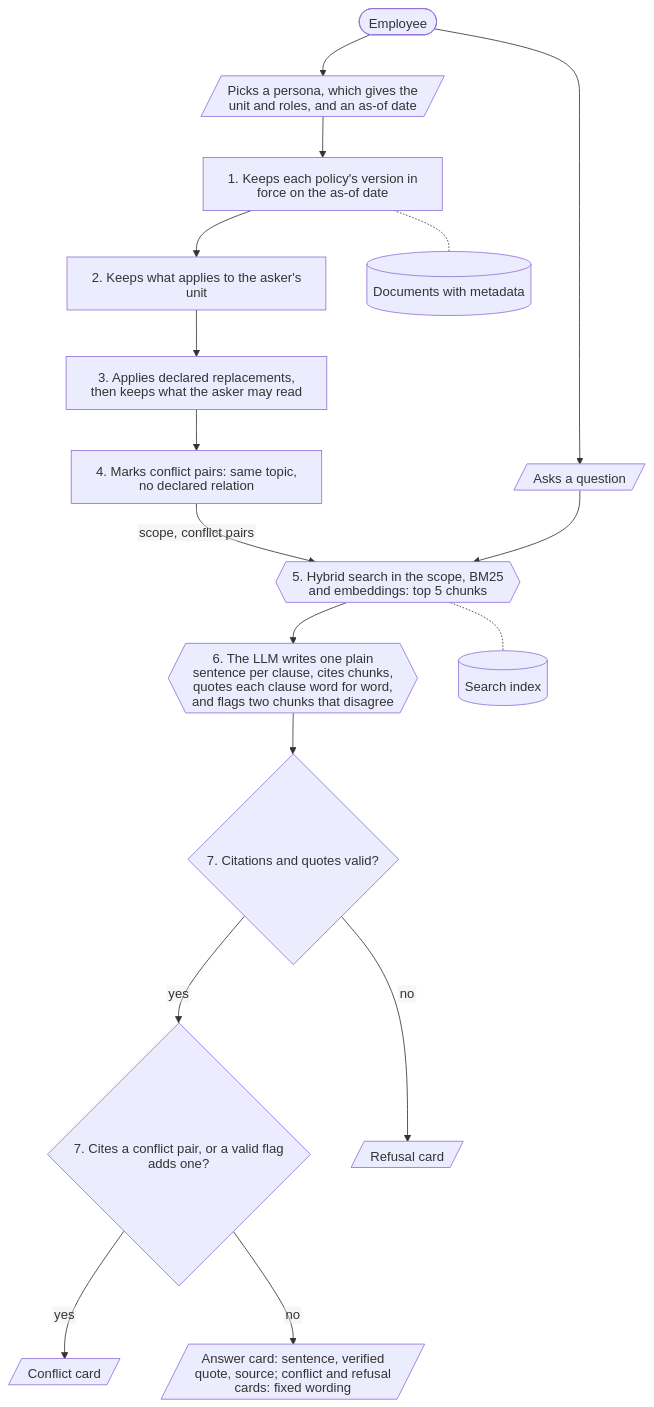
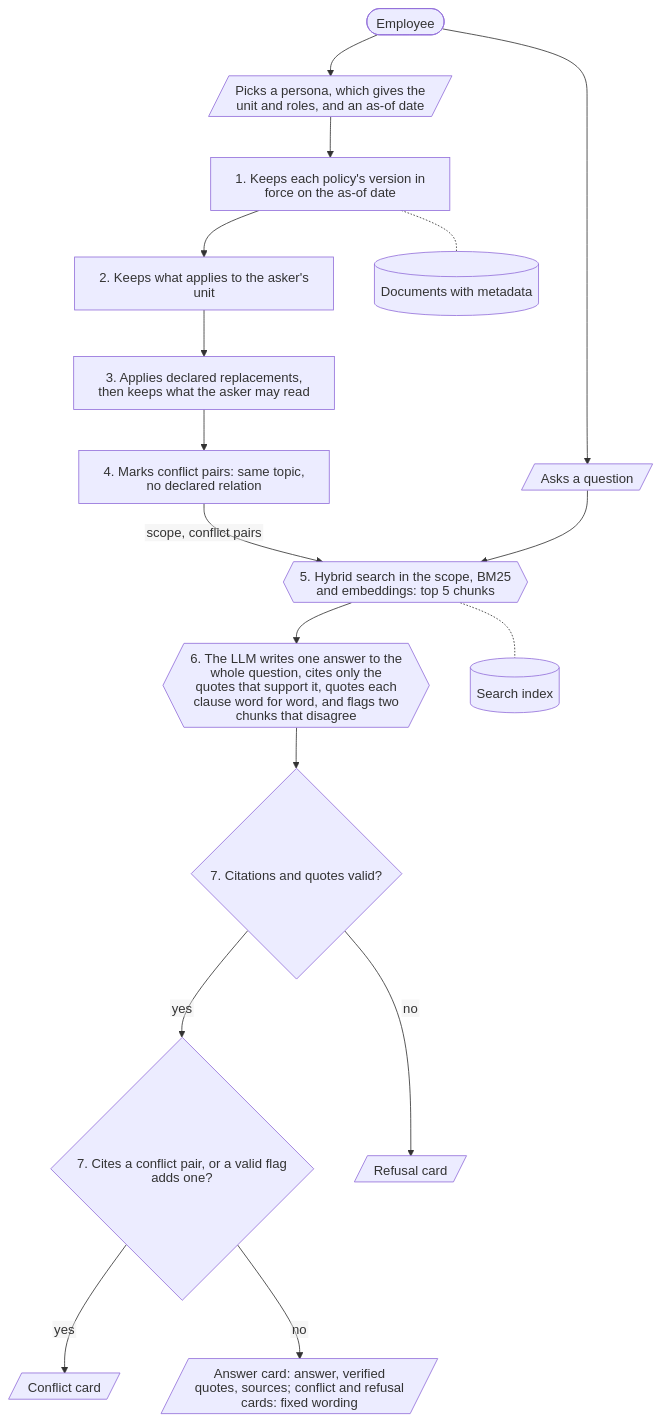
One commit to Park-Hip/next-gen-2026 changed the first of 2 diagrams in docs/architecture.md. Above: the diagram before and after it, drawn with Mermaid. The commit also changed other lines of this file and 34 other files, not shown here.

First line of the commit message:
One answer per question above the verified quotes (#112)

````diff
--- a/docs/architecture.md
+++ b/docs/architecture.md
@@ -23,36 +23,36 @@
 ```mermaid
 ---
 config:
   htmlLabels: false
   flowchart:
     htmlLabels: false
     wrappingWidth: 260
 ---
 flowchart TD
     employee([Employee])
     context[/"Picks a persona, which gives the unit and roles, and an as-of date"/]
     question[/"Asks a question"/]
     s1["1. Keeps each policy's version in force on the as-of date"]
     s2["2. Keeps what applies to the asker's unit"]
     s3["3. Applies declared replacements, then keeps what the asker may read"]
     s4["4. Marks conflict pairs: same topic, no declared relation"]
     s5{{"5. Hybrid search in the scope, BM25 and embeddings: top 5 chunks"}}
-    s6{{"6. The LLM writes one plain sentence per clause, cites chunks, quotes each clause word for word, and flags two chunks that disagree"}}
+    s6{{"6. The LLM writes one answer to the whole question, cites only the quotes that support it, quotes each clause word for word, and flags two chunks that disagree"}}
     valid{"7. Citations and quotes valid?"}
     conflict{"7. Cites a conflict pair, or a valid flag adds one?"}
     refusal[/"Refusal card"/]
     conflictcard[/"Conflict card"/]
-    answercard[/"Answer card: sentence, verified quote, source; conflict and refusal cards: fixed wording"/]
+    answercard[/"Answer card: answer, verified quotes, sources; conflict and refusal cards: fixed wording"/]
     documents[("Documents with metadata")]
     index[("Search index")]
 
     employee --> context --> s1 --> s2 --> s3 --> s4 -- scope, conflict pairs --> s5
     employee --> question --> s5
     s5 --> s6 --> valid
     valid -- no --> refusal
     valid -- yes --> conflict
     conflict -- yes --> conflictcard
     conflict -- no --> answercard
     s1 -.- documents
     s5 -.- index
 ```
````
